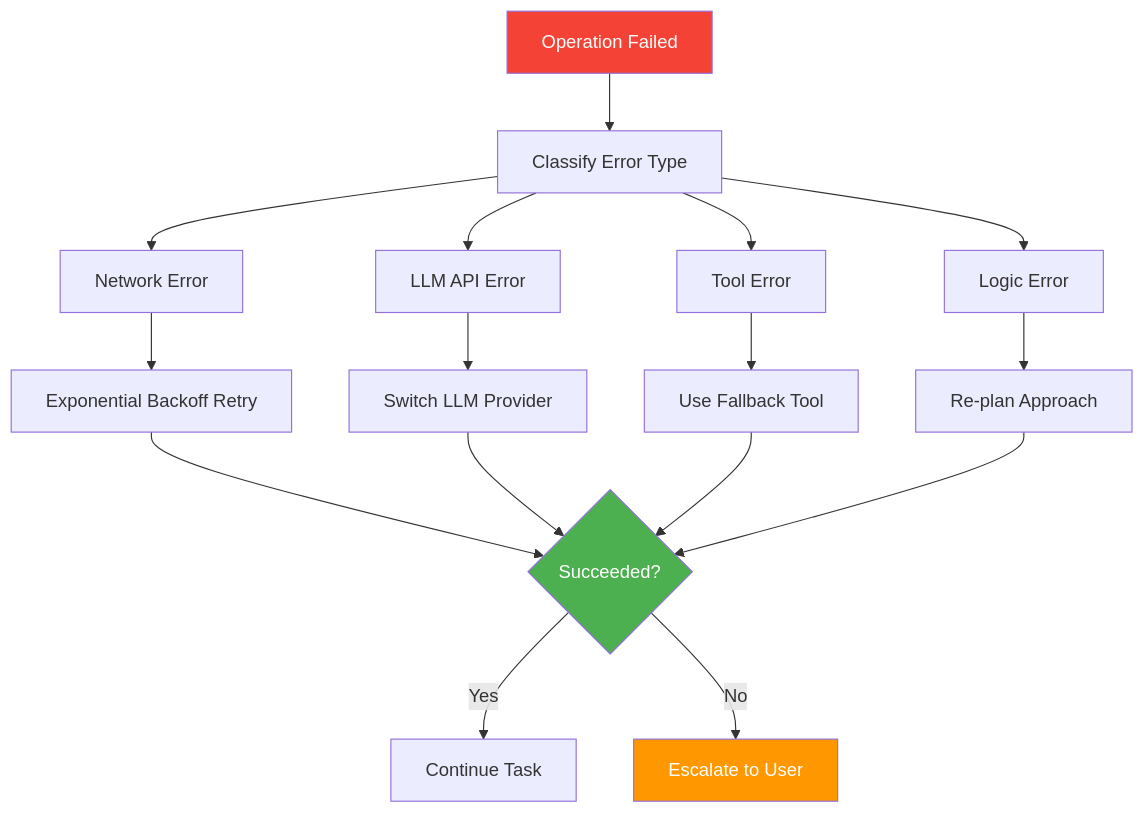
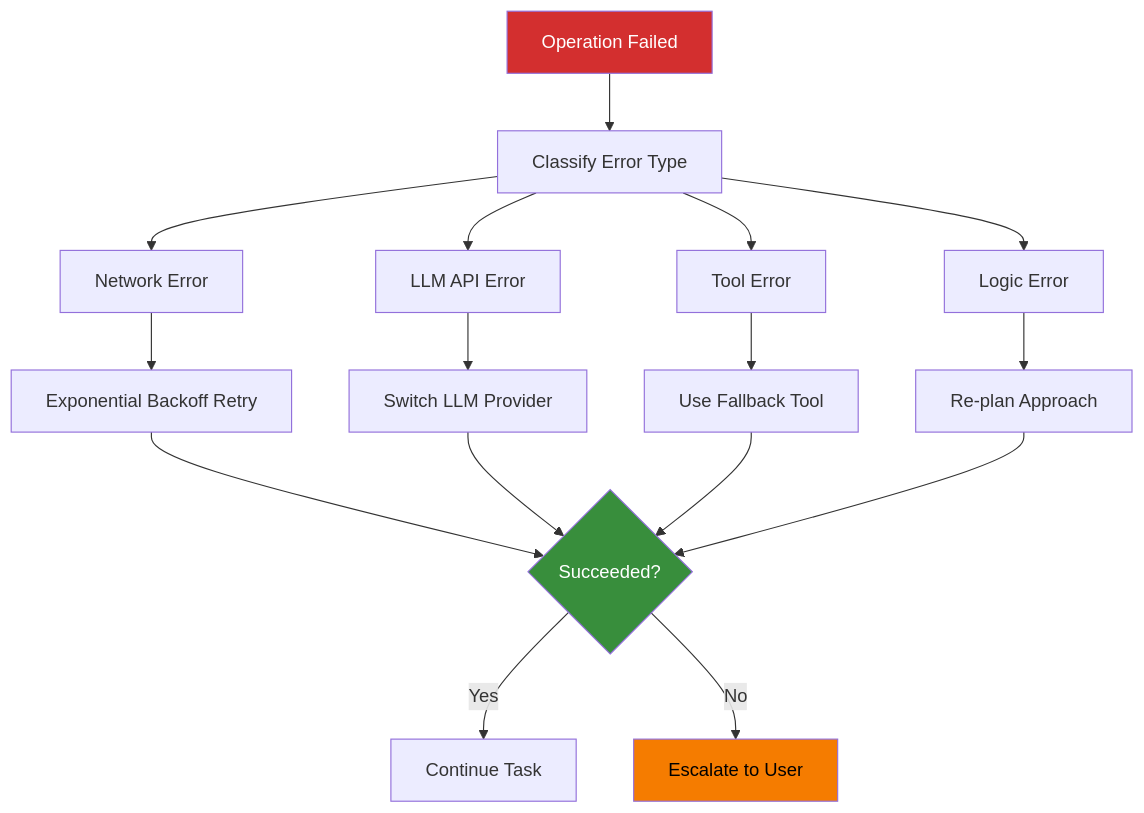
Diagram 13 of 15 in docs-content/01_frameworks/Session1_ModuleD_Coding_Assistant_Case_Study.md (fwornle/agentic-ai-nano), drawn with Mermaid before and after one commit. The commit also changed other lines of this file, not shown here.

````diff
--- a/docs-content/01_frameworks/Session1_ModuleD_Coding_Assistant_Case_Study.md
+++ b/docs-content/01_frameworks/Session1_ModuleD_Coding_Assistant_Case_Study.md
@@ -821,26 +821,26 @@
 ```mermaid
 graph TD
     ERROR[Operation Failed] --> CLASSIFY[Classify Error Type]
     
     CLASSIFY --> NETWORK[Network Error]
     CLASSIFY --> LLM[LLM API Error] 
     CLASSIFY --> TOOL[Tool Error]
     CLASSIFY --> LOGIC[Logic Error]
     
     NETWORK --> RETRY[Exponential Backoff Retry]
     LLM --> SWITCH[Switch LLM Provider]
     TOOL --> FALLBACK[Use Fallback Tool]
     LOGIC --> REPLAN[Re-plan Approach]
     
     RETRY --> SUCCESS{Succeeded?}
     SWITCH --> SUCCESS
     FALLBACK --> SUCCESS
     REPLAN --> SUCCESS
     
     SUCCESS -->|Yes| CONTINUE[Continue Task]
     SUCCESS -->|No| ESCALATE[Escalate to User]
     
-    style ERROR fill:#F44336,color:#ffffff
-    style SUCCESS fill:#4CAF50,color:#ffffff
-    style ESCALATE fill:#FF9800,color:#ffffff
+    style ERROR fill:#D32F2F,color:#ffffff
+    style SUCCESS fill:#388E3C,color:#ffffff
+    style ESCALATE fill:#F57C00,color:#000000
 ```
````
